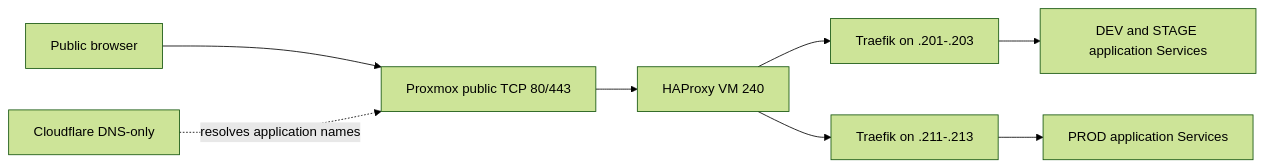
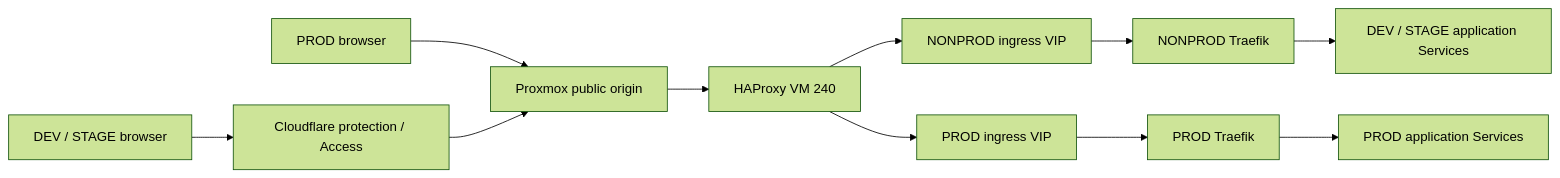
Before and after one commit to fastapi-traefik-devops/fastapi-traefik-liora-infrastructure: the first of 3 diagrams in docs/ARCHITECTURE.md, drawn with Mermaid (forest theme). The commit also changed other lines of this file, not shown here.

First line of the commit message:
docs(architecture): define the desired platform

````diff
--- a/docs/ARCHITECTURE.md
+++ b/docs/ARCHITECTURE.md
@@ -191,10 +70,13 @@
 ```mermaid
 flowchart LR
-  Browser[Public browser] --> Origin[Proxmox public TCP 80/443]
-  DNS[Cloudflare DNS-only] -. resolves application names .-> Origin
+  NonprodBrowser[DEV / STAGE browser] --> Cloudflare[Cloudflare protection / Access]
+  ProdBrowser[PROD browser] --> Origin[Proxmox public origin]
+  Cloudflare --> Origin
   Origin --> Edge[HAProxy VM 240]
-  Edge --> Nonprod[Traefik on .201-.203]
-  Edge --> Prod[Traefik on .211-.213]
-  Nonprod --> Apps[DEV and STAGE application Services]
-  Prod --> App[PROD application Services]
+  Edge --> NonprodVIP[NONPROD ingress VIP]
+  Edge --> ProdVIP[PROD ingress VIP]
+  NonprodVIP --> NonprodTraefik[NONPROD Traefik]
+  ProdVIP --> ProdTraefik[PROD Traefik]
+  NonprodTraefik --> NonprodApps[DEV / STAGE application Services]
+  ProdTraefik --> ProdApp[PROD application Services]
 ```
````
